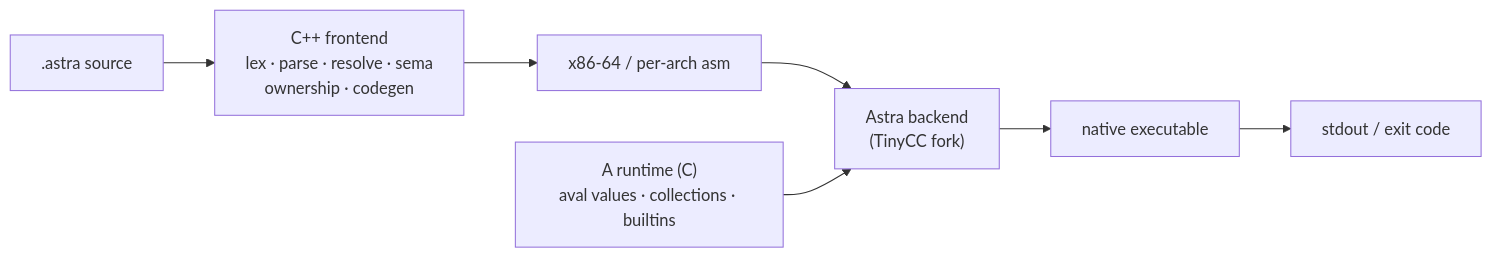
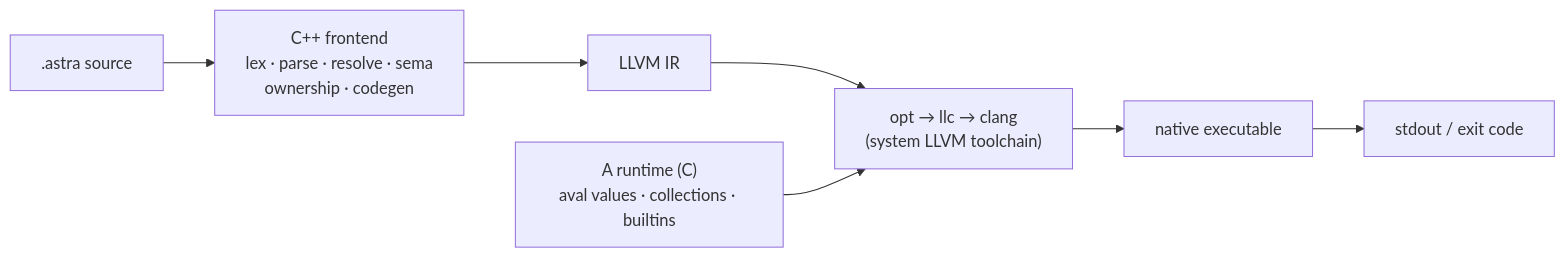
Before and after one commit to ALangLabs/A: the diagram in README.md, drawn with Mermaid. The commit also changed other lines of this file and 207 other files, not shown here.

````diff
--- a/README.md
+++ b/README.md
@@ -158,9 +157,9 @@
 ```mermaid
 flowchart LR
     src[".astra source"] --> fe["C++ frontend<br/>lex · parse · resolve · sema<br/>ownership · codegen"]
-    fe --> s["x86-64 / per-arch asm"]
-    s --> astra["Astra backend<br/>(TinyCC fork)"]
-    rt["A runtime (C)<br/>aval values · collections · builtins"] --> astra
-    astra --> bin["native executable"]
+    fe --> ll["LLVM IR"]
+    ll --> tools["opt → llc → clang<br/>(system LLVM toolchain)"]
+    rt["A runtime (C)<br/>aval values · collections · builtins"] --> tools
+    tools --> bin["native executable"]
     bin --> out["stdout / exit code"]
 ```
````
